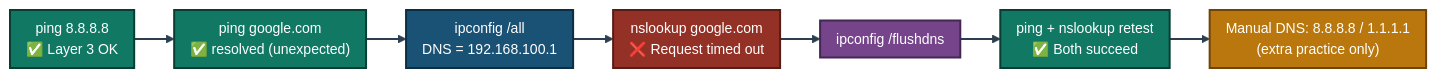
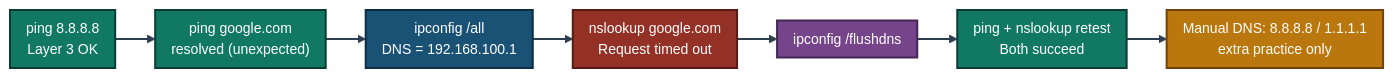
One commit to malaika-azhar/Cisco-Networking-Lab-Portfolio changed the diagram in 03-IT-Support-Troubleshooting/02-DNS_Troubleshooting_Resolution/README.md. Above: the diagram before and after it, drawn with Mermaid. The commit also changed other lines of this file, not shown here.

````diff
--- a/03-IT-Support-Troubleshooting/02-DNS_Troubleshooting_Resolution/README.md
+++ b/03-IT-Support-Troubleshooting/02-DNS_Troubleshooting_Resolution/README.md
@@ -130,16 +130,16 @@
 ```mermaid
 %%{init: {'theme': 'base', 'themeVariables': {'fontSize': '14px'}, 'flowchart': {'nodeSpacing': 30, 'rankSpacing': 40, 'padding': 8}}}%%
 flowchart LR
-    S1["ping 8.8.8.8<br/>✅ Layer 3 OK"]:::ok --> S2["ping google.com<br/>✅ resolved (unexpected)"]:::ok
+    S1["ping 8.8.8.8<br/>Layer 3 OK"]:::ok --> S2["ping google.com<br/>resolved (unexpected)"]:::ok
     S2 --> S3["ipconfig /all<br/>DNS = 192.168.100.1"]:::info
-    S3 --> S4["nslookup google.com<br/>❌ Request timed out"]:::fault
+    S3 --> S4["nslookup google.com<br/>Request timed out"]:::fault
     S4 --> S5["ipconfig /flushdns"]:::fix
-    S5 --> S6["ping + nslookup retest<br/>✅ Both succeed"]:::ok
-    S6 --> S7["Manual DNS: 8.8.8.8 / 1.1.1.1<br/>(extra practice only)"]:::extra
+    S5 --> S6["ping + nslookup retest<br/>Both succeed"]:::ok
+    S6 --> S7["Manual DNS: 8.8.8.8 / 1.1.1.1<br/>extra practice only"]:::extra
     classDef ok fill:#117864,stroke:#083D33,stroke-width:2px,color:#FFFFFF
     classDef info fill:#1A5276,stroke:#0B2E43,stroke-width:2px,color:#FFFFFF
     classDef fault fill:#943126,stroke:#571C16,stroke-width:2px,color:#FFFFFF
     classDef fix fill:#76448A,stroke:#432752,stroke-width:2px,color:#FFFFFF
     classDef extra fill:#B9770E,stroke:#6E4409,stroke-width:2px,color:#FFFFFF
     linkStyle default stroke:#2C3E50,stroke-width:2px
 ```
````
